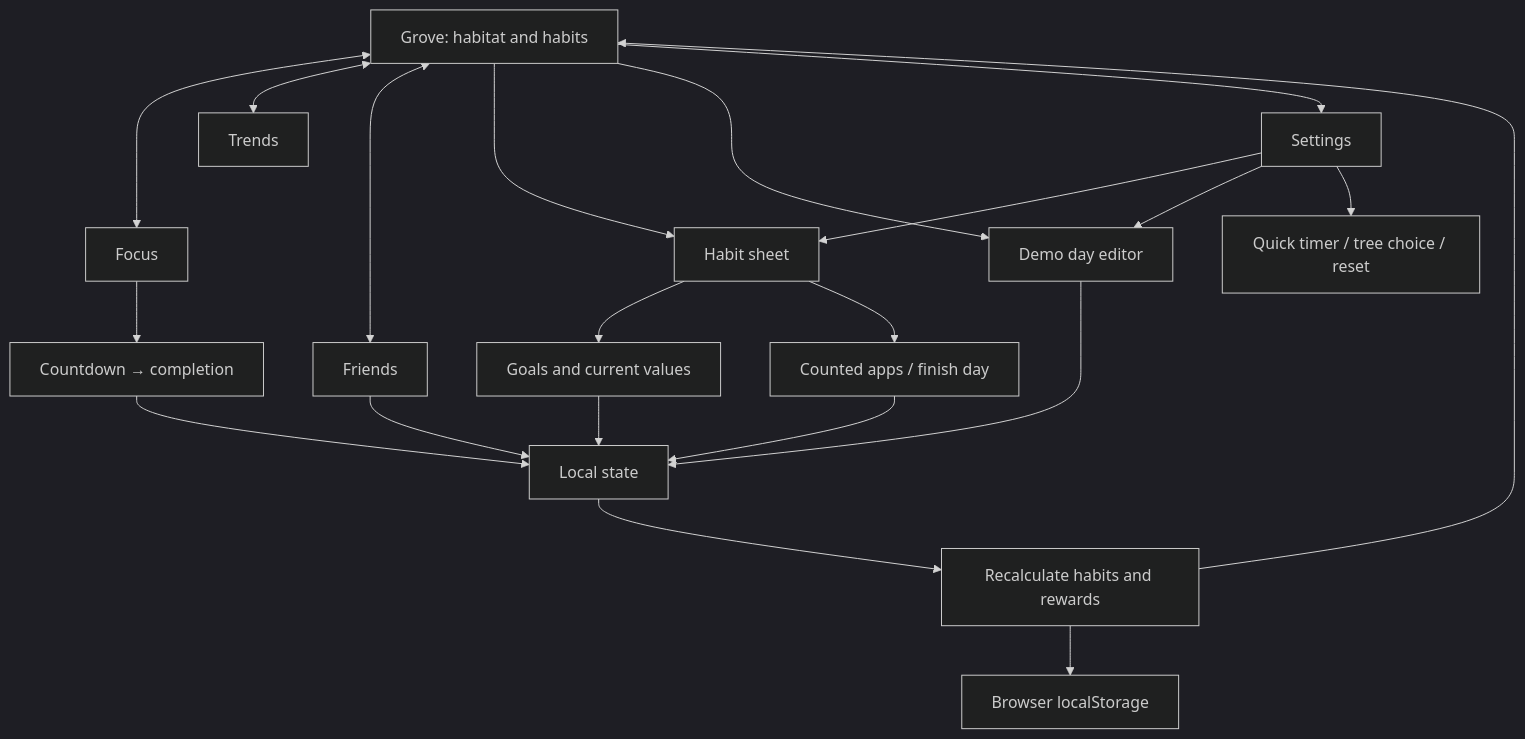
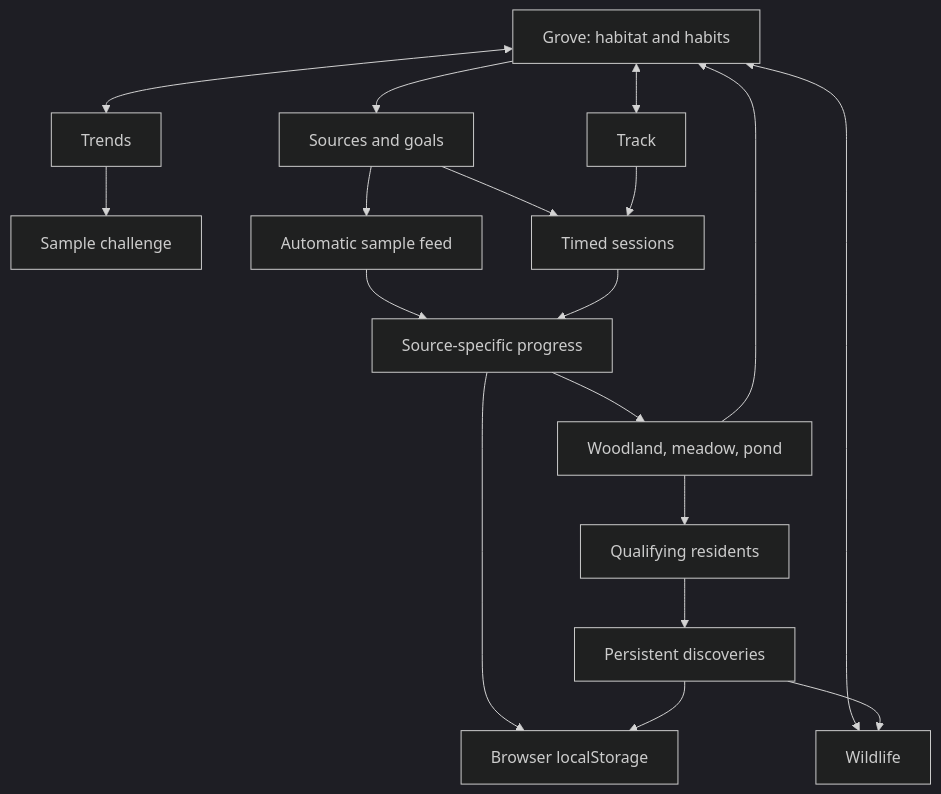
One commit to Abteen-Arab/grove changed the diagram in docs/design.md. Above: the diagram before and after it, drawn with Mermaid (dark theme). The commit also changed other lines of this file and 11 other files, not shown here.

Commit message:
Grow a living sanctuary from balanced habits and tracked sessions

````diff
--- a/docs/design.md
+++ b/docs/design.md
@@ -73,23 +86,20 @@
 ```mermaid
 flowchart TD
-  A[Grove: habitat and habits] <--> B[Focus]
-  A <--> C[Trends]
-  A <--> D[Friends]
-  A --> E[Habit sheet]
-  E --> F[Goals and current values]
-  E --> G[Counted apps / finish day]
-  A --> H[Demo day editor]
-  A --> I[Settings]
-  I --> E
-  I --> H
-  I --> J[Quick timer / tree choice / reset]
-  F --> K[Local state]
-  G --> K
-  H --> K
-  B --> L[Countdown → completion]
-  L --> K
-  D --> K
-  K --> M[Recalculate habits and rewards]
-  M --> N[Browser localStorage]
-  M --> A
+  A[Grove: habitat and habits] <--> B[Track]
+  A <--> C[Wildlife]
+  A <--> D[Trends]
+  D --> E[Sample challenge]
+  A --> F[Sources and goals]
+  F --> G[Automatic sample feed]
+  F --> H[Timed sessions]
+  B --> H
+  G --> I[Source-specific progress]
+  H --> I
+  I --> J[Woodland, meadow, pond]
+  J --> K[Qualifying residents]
+  K --> L[Persistent discoveries]
+  I --> M[Browser localStorage]
+  L --> M
+  J --> A
+  L --> C
 ```
````
